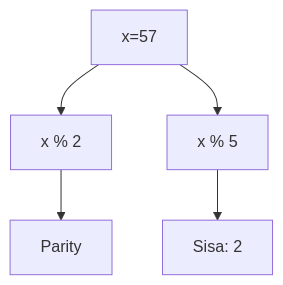
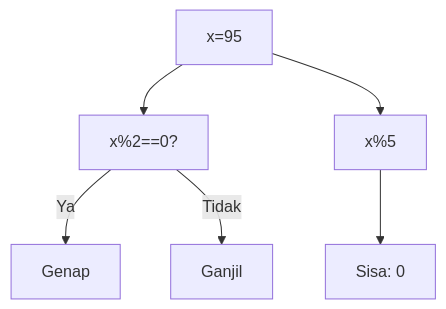
Before and after one commit to amnahwaida/OSNK_INF_PREP: diagram 19 of 25 in part-c-pemahaman-cpp/01-tipe-data/latihan/set-09.md, drawn with Mermaid. The commit also changed other lines of this file and 71 other files, not shown here.

Commit message:
Fixed Mermaid syntax lexical errors with quoted labels in 1,800 questions

````diff
--- a/part-c-pemahaman-cpp/01-tipe-data/latihan/set-09.md
+++ b/part-c-pemahaman-cpp/01-tipe-data/latihan/set-09.md
@@ -476,7 +592,8 @@
 ```mermaid
 graph TD
-A[x=57] --> B[x % 2]
-B --> C[Parity]
-A --> D[x % 5]
-D --> E[Sisa: 2]
+A["x=95"] --> B["x%2==0?"]
+B -- Ya --> C["Genap"]
+B -- Tidak --> D["Ganjil"]
+A --> E["x%5"]
+E --> F["Sisa: 0"]
 ```
````
